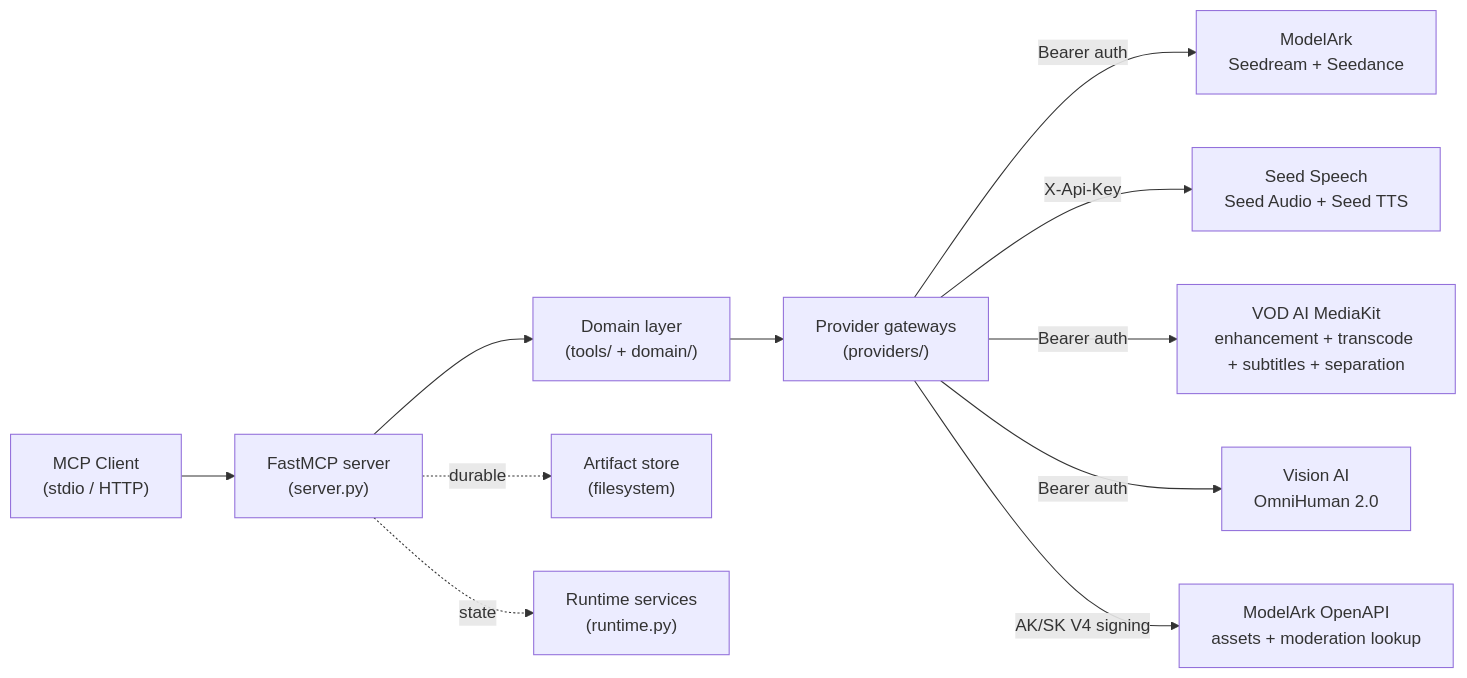
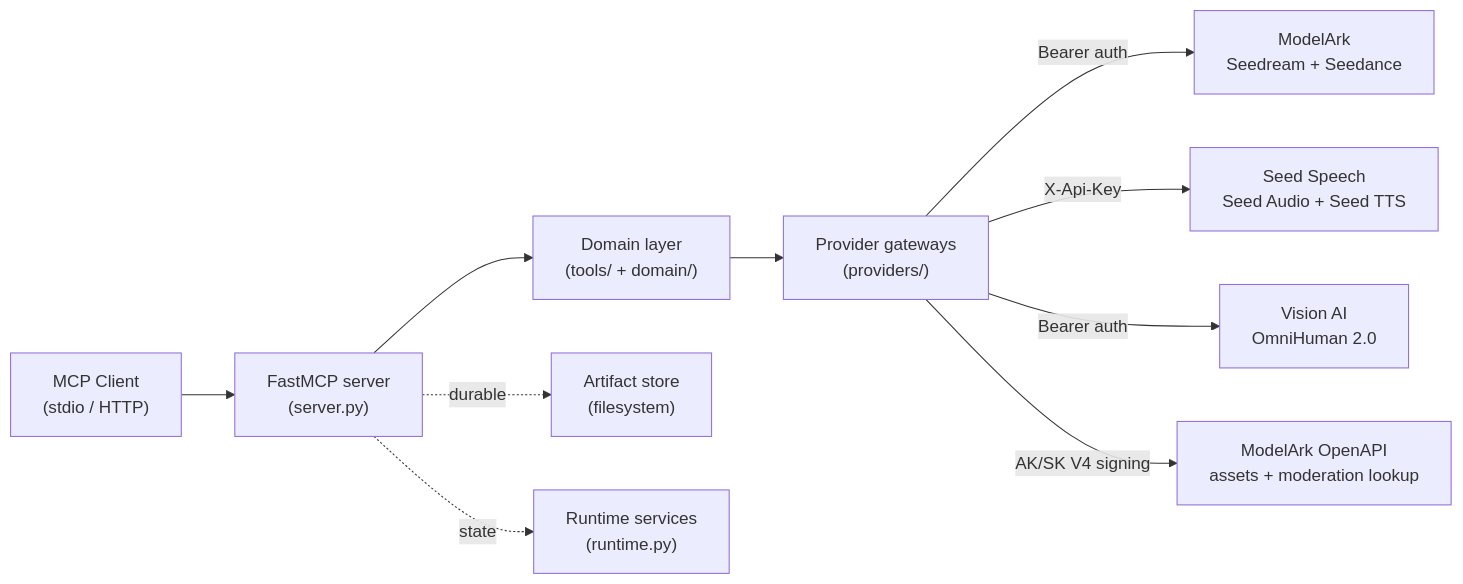
Before and after one commit to byteplus-sa/ark-mcp: the first of 4 diagrams in docs/architecture.md, drawn with Mermaid. The commit also changed other lines of this file and 106 other files, not shown here.

Commit message:
feat!: remove VOD and MediaKit support

````diff
--- a/docs/architecture.md
+++ b/docs/architecture.md
@@ -63,13 +61,12 @@
 ```mermaid
 flowchart LR
     Client["MCP Client\n(stdio / HTTP)"] --> Server["FastMCP server\n(server.py)"]
     Server --> Domain["Domain layer\n(tools/ + domain/)"]
     Domain --> Gateway["Provider gateways\n(providers/)"]
     Gateway -->|"Bearer auth"| ModelArk["ModelArk\nSeedream + Seedance"]
     Gateway -->|"X-Api-Key"| SeedSpeech["Seed Speech\nSeed Audio + Seed TTS"]
-    Gateway -->|"Bearer auth"| MediaKit["VOD AI MediaKit\nenhancement + transcode + subtitles + separation"]
     Gateway -->|"Bearer auth"| VisionCv["Vision AI\nOmniHuman 2.0"]
     Gateway -->|"AK/SK V4 signing"| OpenApi["ModelArk OpenAPI\nassets + moderation lookup"]
     Server -.durable.-> Store["Artifact store\n(filesystem)"]
     Server -.state.-> Runtime["Runtime services\n(runtime.py)"]
 ```
````
